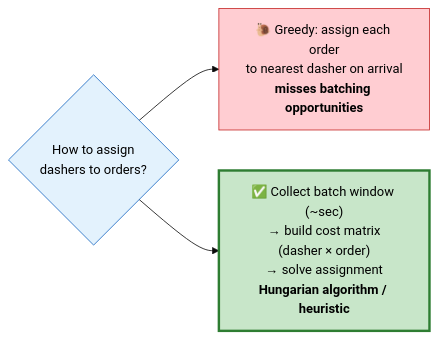
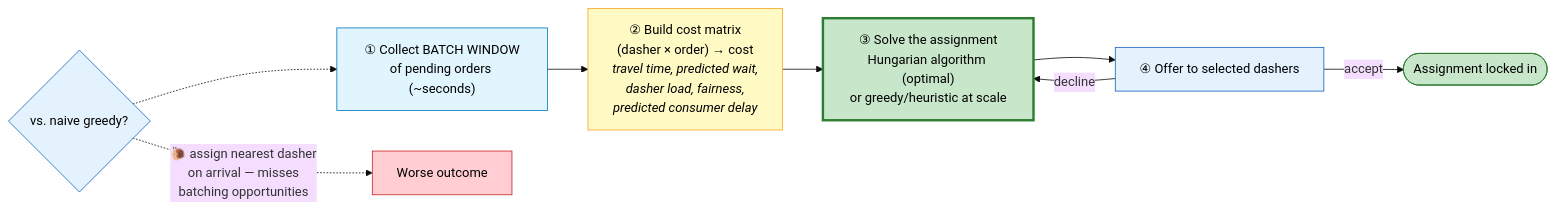
Before and after one commit to stormdigger/Interviewzz: diagram 16 of 35 in 05-system-design/05-case-studies-3.md, drawn with Mermaid (base theme). The commit also changed other lines of this file and 5 other files, not shown here.

````diff
--- a/05-system-design/05-case-studies-3.md
+++ b/05-system-design/05-case-studies-3.md
@@ -945,10 +899,19 @@
 ```mermaid
 flowchart LR
-    Q{"How to assign<br/>dashers to orders?"}
-    Q --> GREEDY["🐌 Greedy: assign each order<br/>to nearest dasher on arrival<br/><b>misses batching opportunities</b>"]
-    Q --> BATCH["✅ Collect batch window (~sec)<br/>→ build cost matrix<br/>(dasher × order)<br/>→ solve assignment<br/><b>Hungarian algorithm / heuristic</b>"]
+    W["① Collect BATCH WINDOW<br/>of pending orders (~seconds)"] --> M["② Build cost matrix<br/>(dasher × order) → cost<br/><i>travel time, predicted wait,<br/>dasher load, fairness,<br/>predicted consumer delay</i>"]
+    M --> S["③ Solve the assignment<br/>Hungarian algorithm (optimal)<br/>or greedy/heuristic at scale"]
+    S --> O["④ Offer to selected dashers"]
+    O -->|"decline"| S
+    O -->|"accept"| Done(["Assignment locked in"])
 
+    Q{"vs. naive greedy?"} -.-> W
+    Q -.->|"🐌 assign nearest dasher<br/>on arrival — misses<br/>batching opportunities"| Naive["Worse outcome"]
+
+    style W fill:#e1f5fe,stroke:#0277bd,color:#000
+    style M fill:#fff9c4,stroke:#f9a825,color:#000
+    style S fill:#c8e6c9,stroke:#2e7d32,stroke-width:3px,color:#000
+    style O fill:#e3f2fd,stroke:#1565c0,color:#000
+    style Done fill:#c8e6c9,stroke:#2e7d32,color:#000
     style Q fill:#e3f2fd,stroke:#1565c0,color:#000
-    style GREEDY fill:#ffcdd2,stroke:#c62828,color:#000
-    style BATCH fill:#c8e6c9,stroke:#2e7d32,stroke-width:3px,color:#000
+    style Naive fill:#ffcdd2,stroke:#c62828,color:#000
 ```
````
